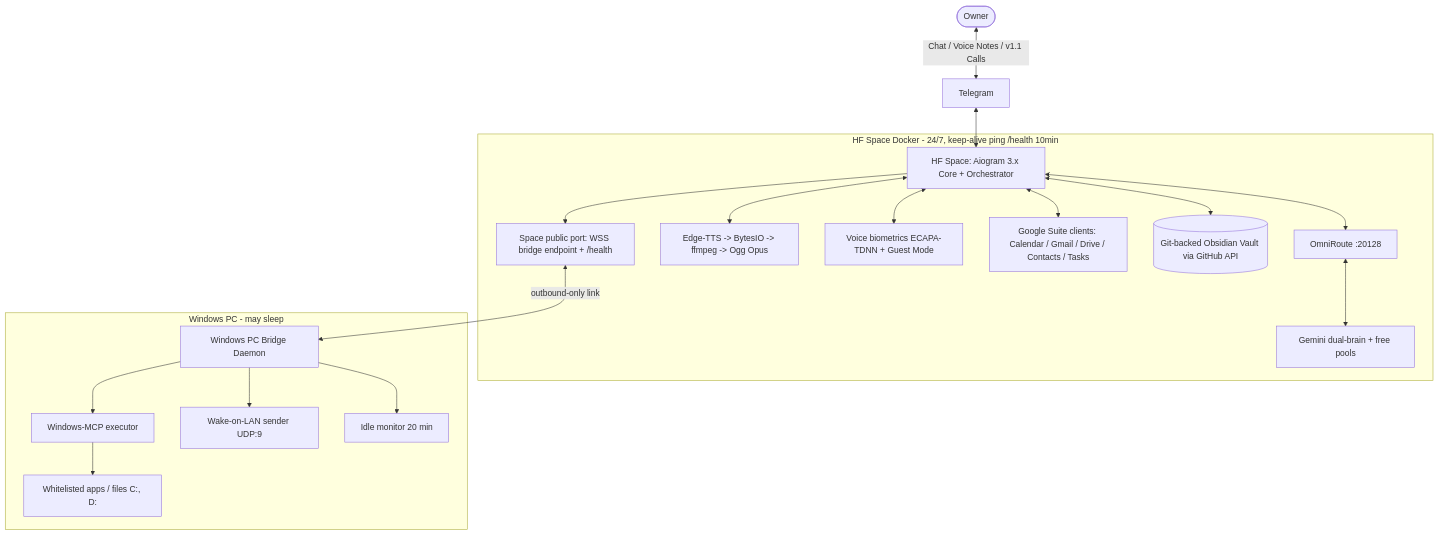
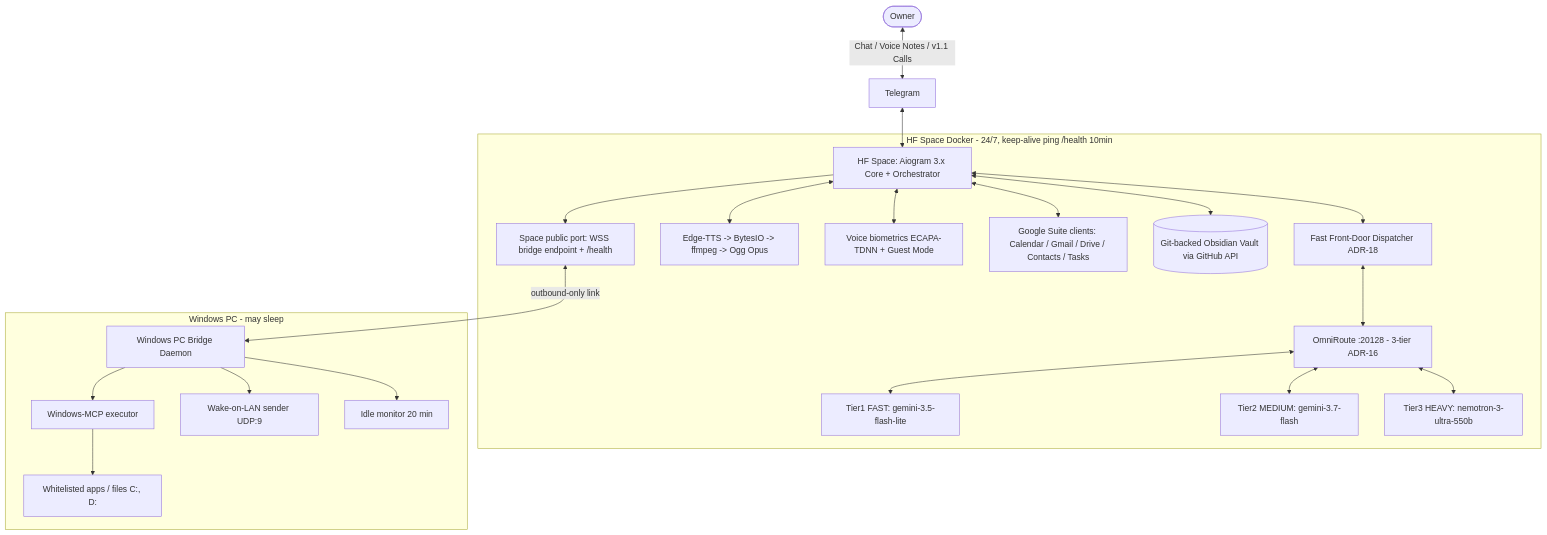
One commit to 3mar-baha/vantrilex-assistant-os changed the diagram in docs/01-ARCHITECTURE.md. Above: the diagram before and after it, drawn with Mermaid. The commit also changed other lines of this file and 14 other files, not shown here.

Commit message:
docs: 3-tier brain (ADR-16 amended, ADR-17..21), front-door dispatcher, skill rotation + teardown ledger, full doc/config sync

````diff
--- a/docs/01-ARCHITECTURE.md
+++ b/docs/01-ARCHITECTURE.md
@@ -28,23 +31,26 @@
 ```mermaid
 graph TD
     User([Owner]) <-->|Chat / Voice Notes / v1.1 Calls| TG[Telegram]
     TG <--> Core[HF Space: Aiogram 3.x Core + Orchestrator]
 
     subgraph Space [HF Space Docker - 24/7, keep-alive ping /health 10min]
-        Core <--> Omni[OmniRoute :20128]
-        Omni <--> Pools[Gemini dual-brain + free pools]
+        Core <--> Disp[Fast Front-Door Dispatcher ADR-18]
+        Disp <--> Omni[OmniRoute :20128 - 3-tier ADR-16]
+        Omni <--> T1[Tier1 FAST: gemini-3.5-flash-lite]
+        Omni <--> T2[Tier2 MEDIUM: gemini-3.7-flash]
+        Omni <--> T3[Tier3 HEAVY: nemotron-3-ultra-550b]
         Core <--> TTS[Edge-TTS -> BytesIO -> ffmpeg -> Ogg Opus]
         Core <--> Bio[Voice biometrics ECAPA-TDNN + Guest Mode]
         Core <--> G[Google Suite clients: Calendar / Gmail / Drive / Contacts / Tasks]
         Core <--> Vault[(Git-backed Obsidian Vault via GitHub API)]
         Core --> WSS[Space public port: WSS bridge endpoint + /health]
     end
 
     WSS <-->|outbound-only link| Bridge[Windows PC Bridge Daemon]
     subgraph PC [Windows PC - may sleep]
         Bridge --> MCP[Windows-MCP executor]
         Bridge --> WoL[Wake-on-LAN sender UDP:9]
         Bridge --> Idle[Idle monitor 20 min]
         MCP --> Apps[Whitelisted apps / files C:, D:]
     end
 ```
````
